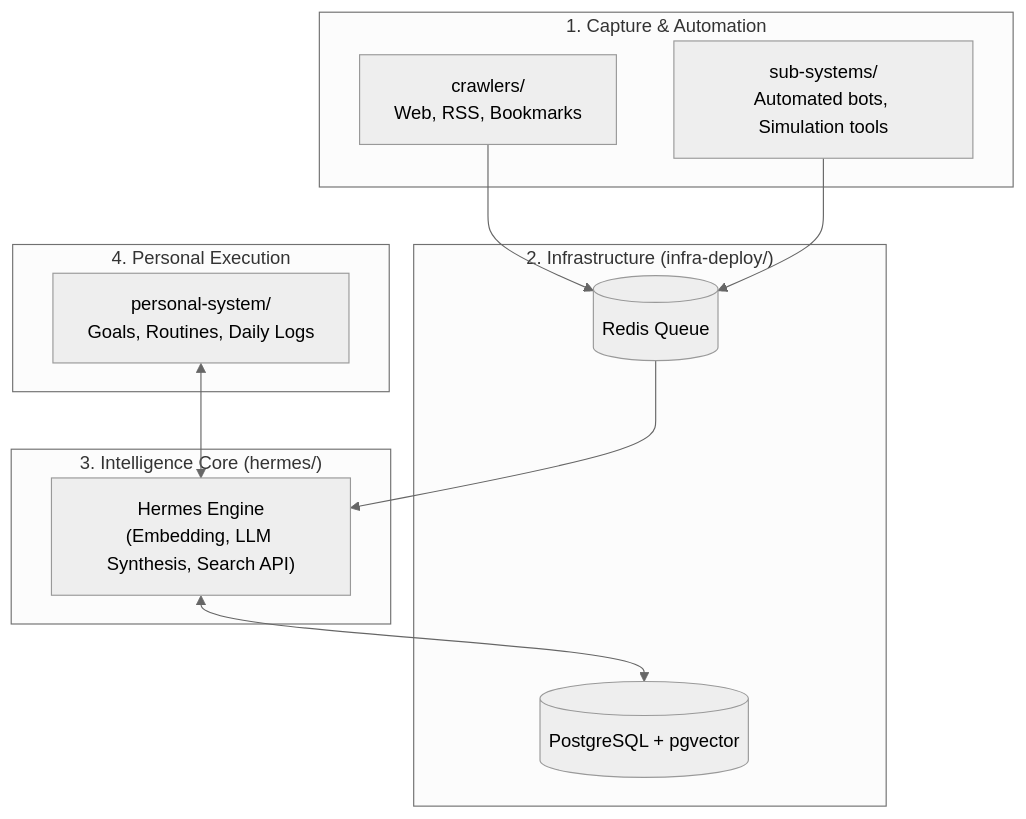
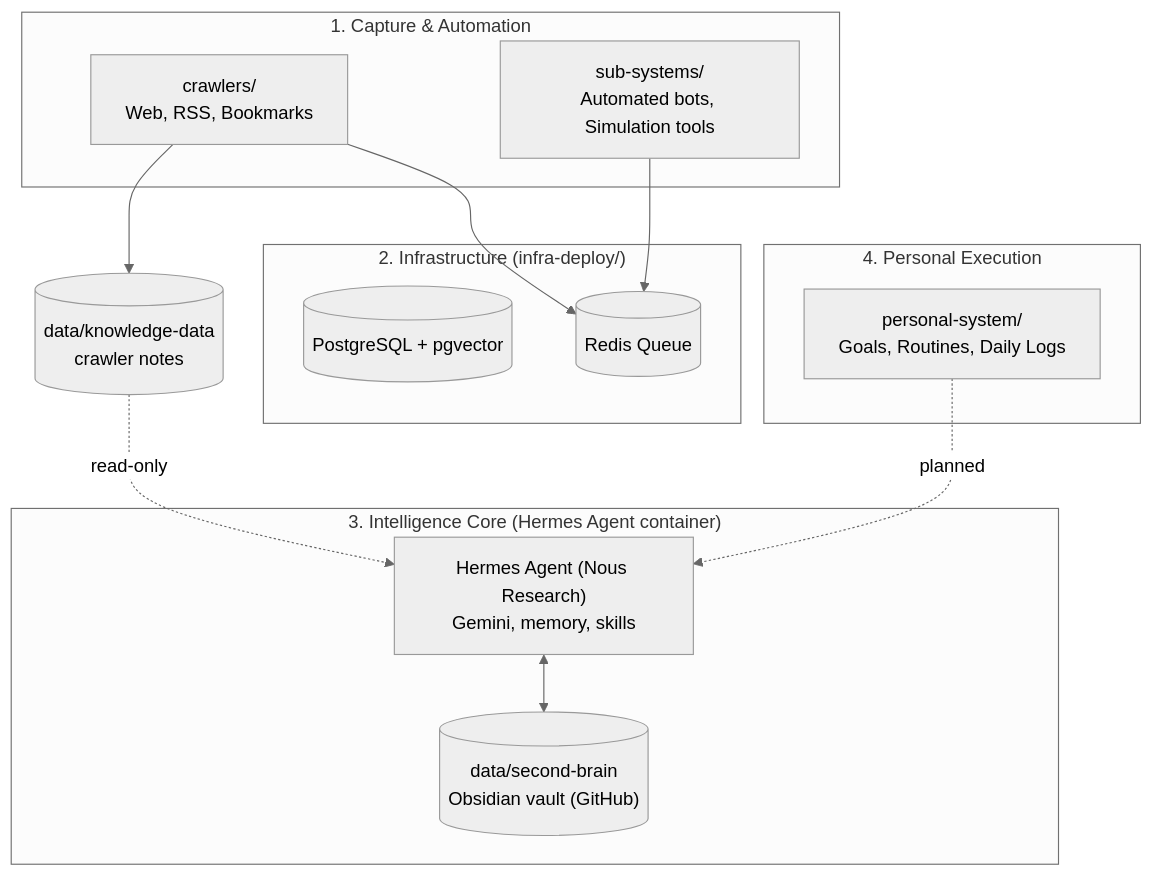
Before and after one commit to vitorecomp/personal-life-manager: the diagram in README.md, drawn with Mermaid (neutral theme). The commit also changed other lines of this file and 18 other files, not shown here.

````diff
--- a/README.md
+++ b/README.md
@@ -9,26 +9,28 @@
 ```mermaid
 flowchart TD
     subgraph Capture["1. Capture & Automation"]
         CR["crawlers/\nWeb, RSS, Bookmarks"]
         SCH["sub-systems/\nAutomated bots, Simulation tools"]
     end
 
     subgraph Infrastructure["2. Infrastructure (infra-deploy/)"]
         PG[("PostgreSQL + pgvector")]
         RD[("Redis Queue")]
     end
 
-    subgraph Brain["3. Intelligence Core (hermes/)"]
-        HERMES["Hermes Engine\n(Embedding, LLM Synthesis, Search API)"]
+    subgraph Brain["3. Intelligence Core (Hermes Agent container)"]
+        HERMES["Hermes Agent (Nous Research)\nGemini, memory, skills"]
+        VAULT[("data/second-brain\nObsidian vault (GitHub)")]
     end
 
     subgraph LifeOps["4. Personal Execution"]
         PS["personal-system/\nGoals, Routines, Daily Logs"]
     end
 
     CR --> RD
     SCH --> RD
-    RD --> HERMES
-    HERMES <--> PG
-    PS <--> HERMES
+    CR --> KD[("data/knowledge-data\ncrawler notes")]
+    HERMES <--> VAULT
+    KD -. read-only .-> HERMES
+    PS -. planned .-> HERMES
 ```
````
